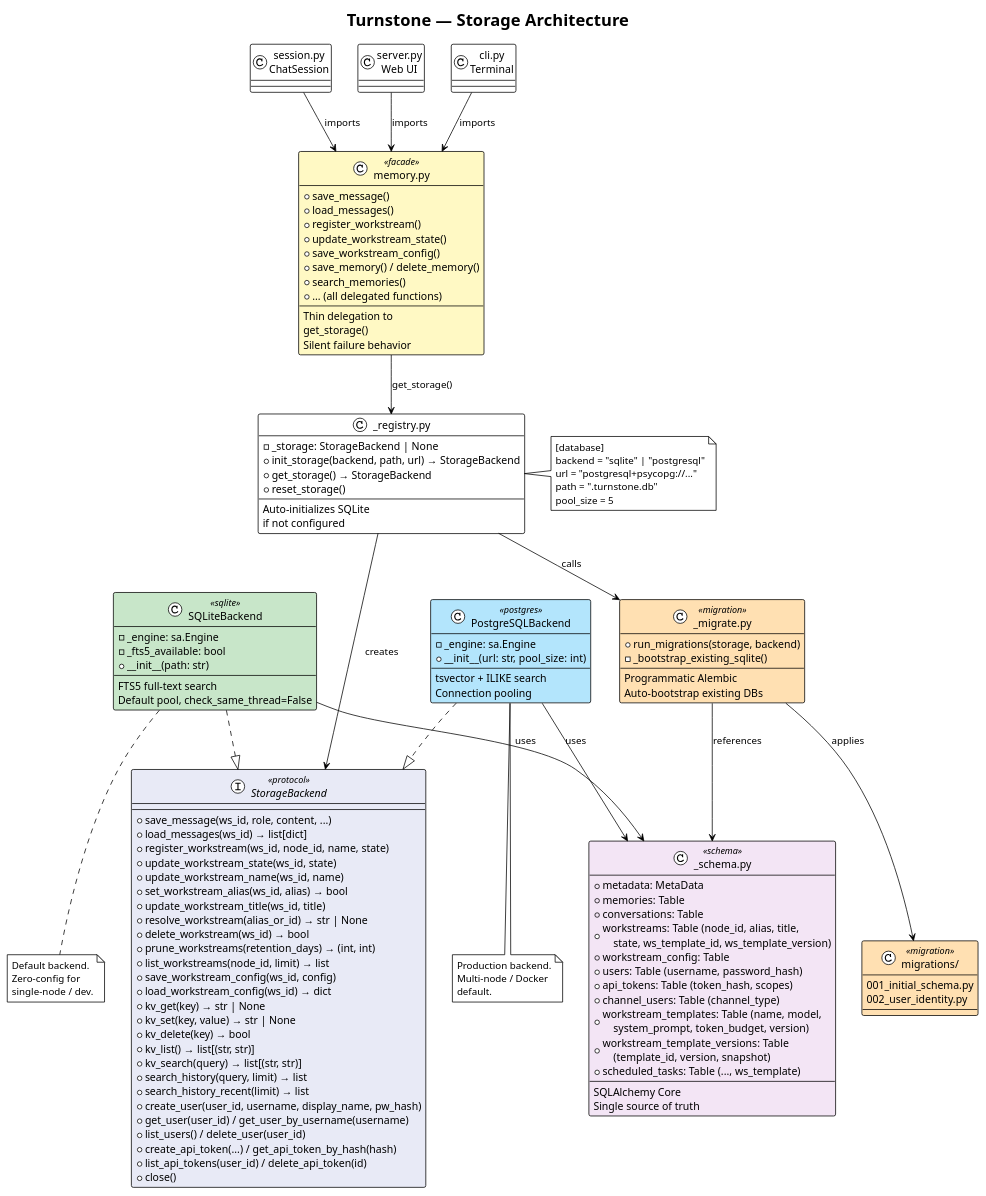
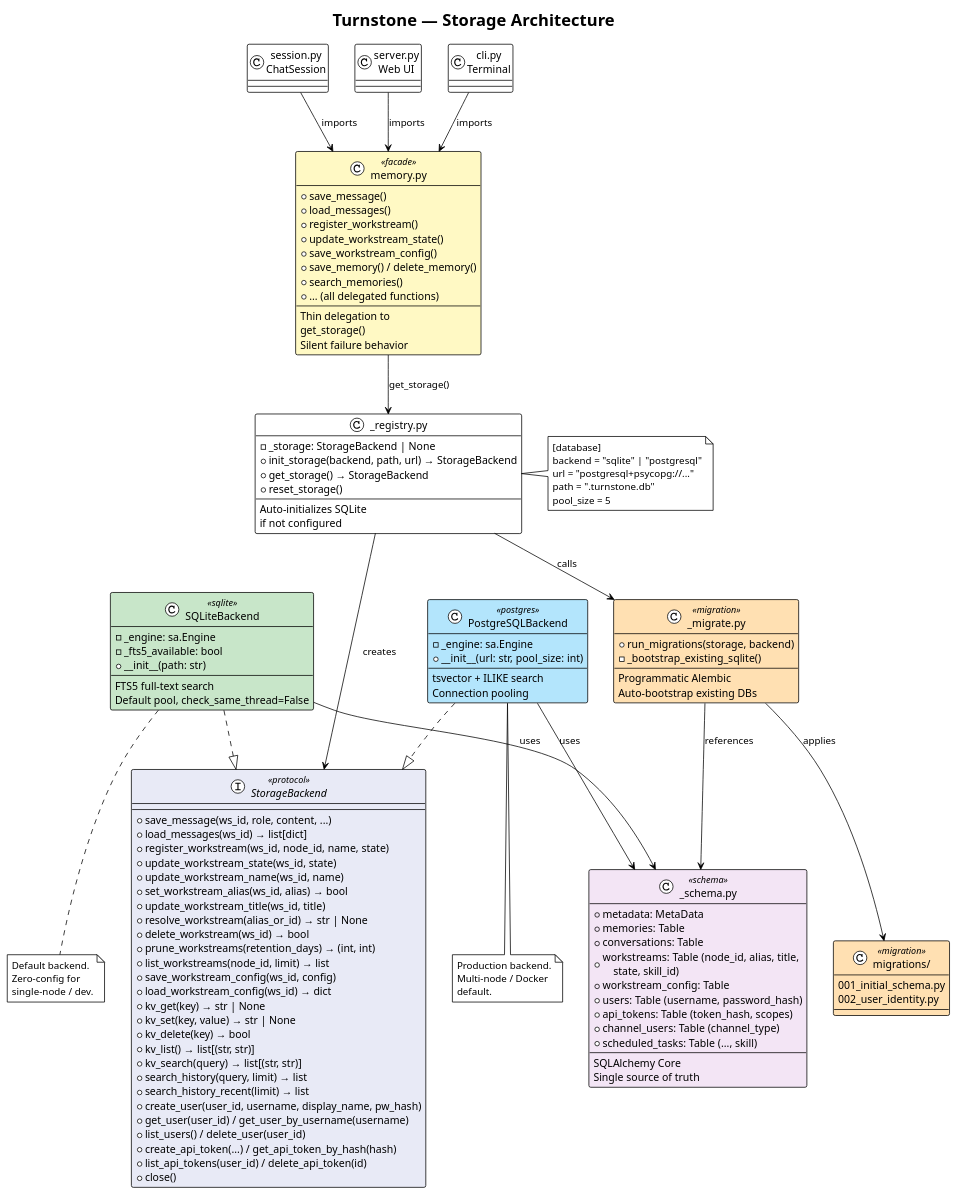
One commit to turnstonelabs/turnstone changed the diagram in docs/diagrams/14-storage-architecture.puml. Above: the diagram before and after it, drawn with PlantUML. The commit also changed 63 other files, not shown here.

```diff
--- a/docs/diagrams/14-storage-architecture.puml
+++ b/docs/diagrams/14-storage-architecture.puml
@@ -1,171 +1,169 @@
 @startuml
 !theme plain
 title Turnstone — Storage Architecture
 
 skinparam class {
     BackgroundColor<<protocol>> #E8EAF6
     BackgroundColor<<sqlite>> #C8E6C9
     BackgroundColor<<postgres>> #B3E5FC
     BackgroundColor<<facade>> #FFF9C4
     BackgroundColor<<migration>> #FFE0B2
     BackgroundColor<<schema>> #F3E5F5
 }
 
 ' -- Protocol --
 interface "StorageBackend" as SB <<protocol>> {
     +save_message(ws_id, role, content, ...)
     +load_messages(ws_id) → list[dict]
     +register_workstream(ws_id, node_id, name, state)
     +update_workstream_state(ws_id, state)
     +update_workstream_name(ws_id, name)
     +set_workstream_alias(ws_id, alias) → bool
     +update_workstream_title(ws_id, title)
     +resolve_workstream(alias_or_id) → str | None
     +delete_workstream(ws_id) → bool
     +prune_workstreams(retention_days) → (int, int)
     +list_workstreams(node_id, limit) → list
     +save_workstream_config(ws_id, config)
     +load_workstream_config(ws_id) → dict
     +kv_get(key) → str | None
     +kv_set(key, value) → str | None
     +kv_delete(key) → bool
     +kv_list() → list[(str, str)]
     +kv_search(query) → list[(str, str)]
     +search_history(query, limit) → list
     +search_history_recent(limit) → list
     +create_user(user_id, username, display_name, pw_hash)
     +get_user(user_id) / get_user_by_username(username)
     +list_users() / delete_user(user_id)
     +create_api_token(...) / get_api_token_by_hash(hash)
     +list_api_tokens(user_id) / delete_api_token(id)
     +close()
 }
 
 ' -- Backends --
 class "SQLiteBackend" as SQLite <<sqlite>> {
     -_engine: sa.Engine
     -_fts5_available: bool
     +__init__(path: str)
     --
     FTS5 full-text search
     Default pool, check_same_thread=False
 }
 
 class "PostgreSQLBackend" as PG <<postgres>> {
     -_engine: sa.Engine
     +__init__(url: str, pool_size: int)
     --
     tsvector + ILIKE search
     Connection pooling
 }
 
 ' -- Schema --
 class "_schema.py" as Schema <<schema>> {
     +metadata: MetaData
     +memories: Table
     +conversations: Table
-    +workstreams: Table (node_id, alias, title,\n    state, ws_template_id, ws_template_version)
+    +workstreams: Table (node_id, alias, title,\n    state, skill_id)
     +workstream_config: Table
     +users: Table (username, password_hash)
     +api_tokens: Table (token_hash, scopes)
     +channel_users: Table (channel_type)
-    +workstream_templates: Table (name, model,\n    system_prompt, token_budget, version)
-    +workstream_template_versions: Table\n    (template_id, version, snapshot)
-    +scheduled_tasks: Table (..., ws_template)
+    +scheduled_tasks: Table (..., skill)
     --
     SQLAlchemy Core
     Single source of truth
 }
 
 ' -- Migration --
 class "_migrate.py" as Migrate <<migration>> {
     +run_migrations(storage, backend)
     -_bootstrap_existing_sqlite()
     --
     Programmatic Alembic
     Auto-bootstrap existing DBs
 }
 
 class "migrations/" as Versions <<migration>> {
     001_initial_schema.py
     002_user_identity.py
 }
 
 ' -- Registry --
 class "_registry.py" as Registry {
     -_storage: StorageBackend | None
     +init_storage(backend, path, url) → StorageBackend
     +get_storage() → StorageBackend
     +reset_storage()
     --
     Auto-initializes SQLite
     if not configured
 }
 
 ' -- Facade --
 class "memory.py" as Facade <<facade>> {
     +save_message()
     +load_messages()
     +register_workstream()
     +update_workstream_state()
     +save_workstream_config()
     +save_memory() / delete_memory()
     +search_memories()
     +... (all delegated functions)
     --
     Thin delegation to
     get_storage()
     Silent failure behavior
 }
 
 ' -- Consumers --
 class "session.py\nChatSession" as Session {
 }
 
 class "server.py\nWeb UI" as Server {
 }
 
 class "cli.py\nTerminal" as CLI {
 }
 
 ' -- Relationships --
 SQLite ..|> SB
 PG ..|> SB
 
 SQLite --> Schema : uses
 PG --> Schema : uses
 
 Registry --> SB : creates
 Registry --> Migrate : calls
 
 Migrate --> Versions : applies
 Migrate --> Schema : references
 
 Facade --> Registry : get_storage()
 
 Session --> Facade : imports
 Server --> Facade : imports
 CLI --> Facade : imports
 
 ' -- Config --
 note right of Registry
   [database]
   backend = "sqlite" | "postgresql"
   url = "postgresql+psycopg://..."
   path = ".turnstone.db"
   pool_size = 5
 end note
 
 note bottom of SQLite
   Default backend.
   Zero-config for
   single-node / dev.
 end note
 
 note bottom of PG
   Production backend.
   Multi-node / Docker
   default.
 end note
 
 @enduml
```
